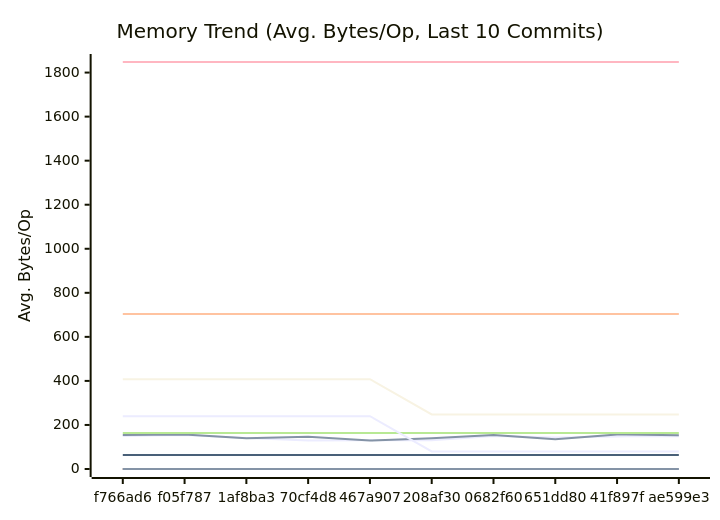
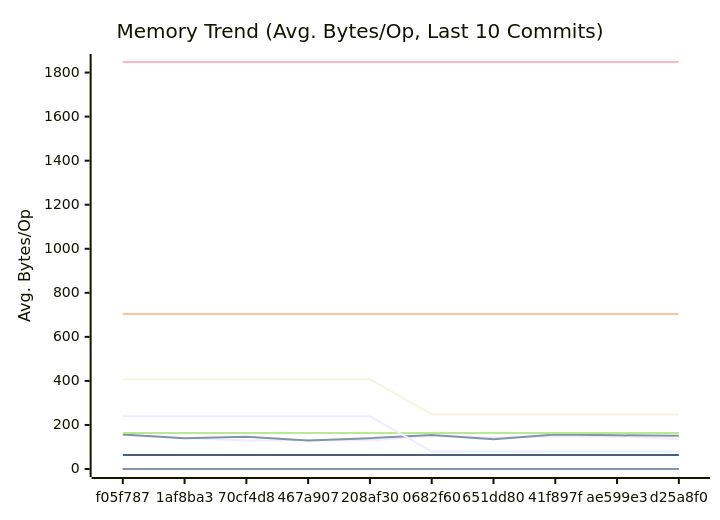
The second of 3 diagrams in docs/PERFORMANCE.md (alsotoes/momo), drawn with Mermaid before and after one commit. The commit also changed other lines of this file and 4 other files, not shown here.

````diff
--- a/docs/PERFORMANCE.md
+++ b/docs/PERFORMANCE.md
@@ -171,20 +171,20 @@
 ```mermaid
 xychart-beta
     title "Memory Trend (Avg. Bytes/Op, Last 10 Commits)"
     x-axis "Commit"
     y-axis "Avg. Bytes/Op"
-    x-axis [f766ad6,f05f787,1af8ba3,70cf4d8,467a907,208af30,0682f60,651dd80,41f897f,ae599e3]
-    line "AWSChunkedReaderSigned" [150,154,141,129,131,130,150,143,148,149]
-    line "AWSChunkedReaderUnsigned" [154,157,140,146,129,140,154,135,157,153]
+    x-axis [f05f787,1af8ba3,70cf4d8,467a907,208af30,0682f60,651dd80,41f897f,ae599e3,d25a8f0]
+    line "AWSChunkedReaderSigned" [154,141,129,131,130,150,143,148,149,136]
+    line "AWSChunkedReaderUnsigned" [157,140,146,129,140,154,135,157,153,151]
     line "CheckMetricsAndSwap" [0,0,0,0,0,0,0,0,0,0]
     line "CrushOptimized" [0,0,0,0,0,0,0,0,0,0]
     line "CrushOriginal" [164,164,164,164,164,164,164,164,164,164]
     line "IndexDirectTracking" [0,0,0,0,0,0,0,0,0,0]
     line "IndexSearch" [0,0,0,0,0,0,0,0,0,0]
     line "LoadGlobalConfig" [1848,1848,1848,1848,1848,1848,1848,1848,1848,1848]
     line "PadString" [64,64,64,64,64,64,64,64,64,64]
     line "ParseReplicationOrder_NoPrealloc" [408,408,408,408,408,248,248,248,248,248]
     line "ParseReplicationOrder_Prealloc" [240,240,240,240,240,80,80,80,80,80]
     line "SanitizeLog/Safe" [0,0,0,0,0,0,0,0,0,0]
     line "SanitizeLog/Unsafe" [704,704,704,704,704,704,704,704,704,704]
 ```
````
